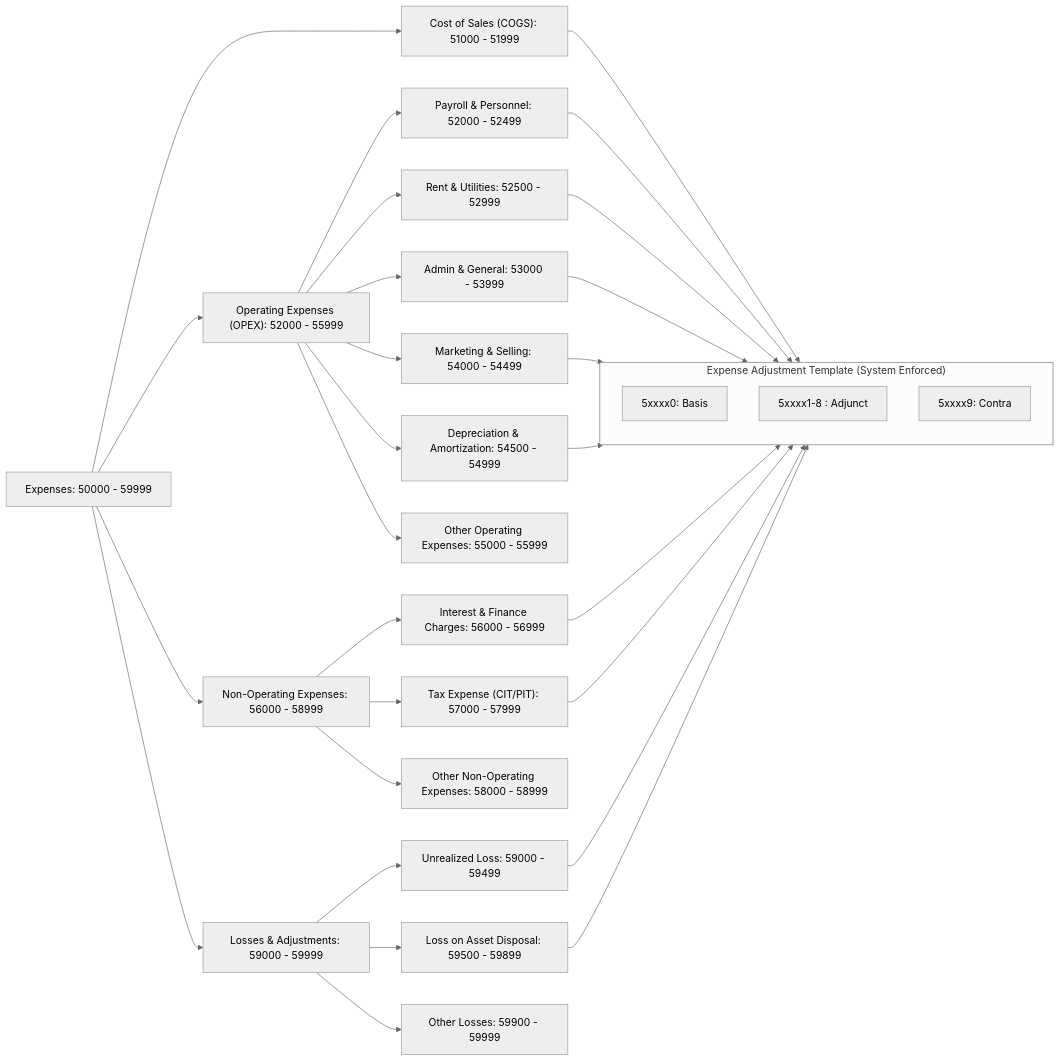
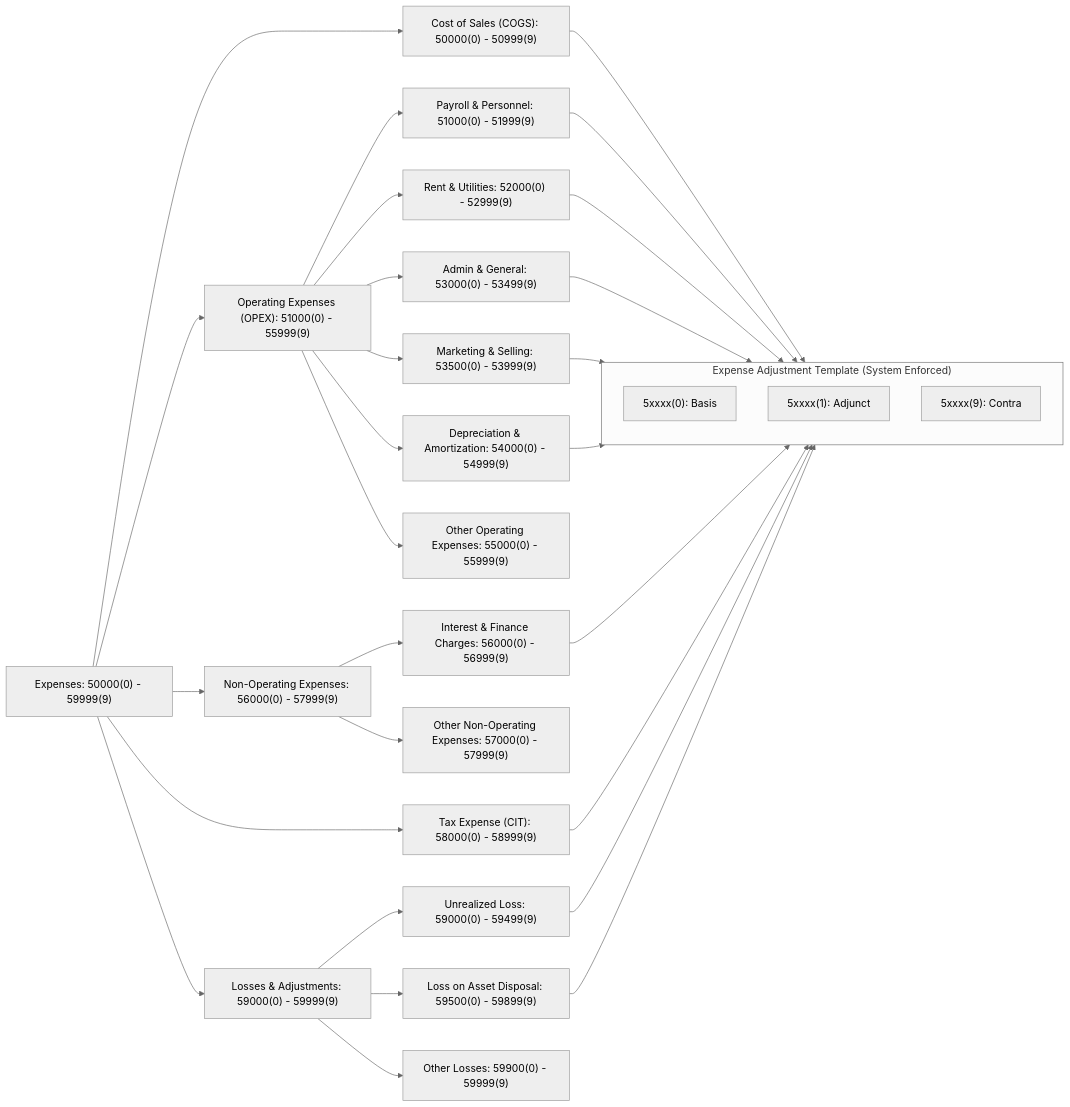
One commit to oosahon/ledgernova-core changed the diagram in src/domain/accounting/__doc__/assets/coa-expenses.mermaid. Above: the diagram before and after it, drawn with Mermaid (neutral theme). The commit also changed 10 other files, not shown here.

```diff
--- a/src/domain/accounting/__doc__/assets/coa-expenses.mermaid
+++ b/src/domain/accounting/__doc__/assets/coa-expenses.mermaid
@@ -1,39 +1,40 @@
 flowchart LR
      %% Power users (and accounts bootstraper for non-power users) will decide whether or not to apply contra templates to "Other*" expenses
     subgraph ExpenseAdjustmentTemplate["Expense Adjustment Template (System Enforced)"]
-        Basis["5xxxx0: Basis"]
-        Adjunct["5xxxx1-8 : Adjunct"]
-        Contra["5xxxx9: Contra"]
+        Basis["5xxxx(0): Basis"]
+        Adjunct["5xxxx(1): Adjunct"]
+        Contra["5xxxx(9): Contra"]
     end
 
-    Expenses["Expenses: 50000 - 59999"]
+    Expenses["Expenses: 50000(0) - 59999(9)"]
 
-    DirectCosts["Cost of Sales (COGS): 51000 - 51999"] --> ExpenseAdjustmentTemplate
+    DirectCosts["Cost of Sales (COGS): 50000(0) - 50999(9)"] --> ExpenseAdjustmentTemplate
     
-    OperatingExpenses["Operating Expenses (OPEX): 52000 - 55999"]
+    OperatingExpenses["Operating Expenses (OPEX): 51000(0) - 55999(9)"]
         %% Categories with baked in functionalities (eg PAYEE for PayrollAndPersonnel), will be
         %% created for each subheader depending on the domain and usecase.
         %% For non-power users, these will be created during accounts bootstrap, while for
         %% power users, they will be represented as types when creating sub-ledgers.
-        PayrollAndPersonnel["Payroll & Personnel: 52000 - 52499"] --> ExpenseAdjustmentTemplate
-        RentUtilities["Rent & Utilities: 52500 - 52999"] --> ExpenseAdjustmentTemplate
-        AdminGeneral["Admin & General: 53000 - 53999"] --> ExpenseAdjustmentTemplate
-        MarketingSelling["Marketing & Selling: 54000 - 54499"] --> ExpenseAdjustmentTemplate
-        Depreciation["Depreciation & Amortization: 54500 - 54999"] --> ExpenseAdjustmentTemplate
+        PayrollAndPersonnel["Payroll & Personnel: 51000(0) - 51999(9)"] --> ExpenseAdjustmentTemplate
+        RentUtilities["Rent & Utilities: 52000(0) - 52999(9)"] --> ExpenseAdjustmentTemplate
+        AdminGeneral["Admin & General: 53000(0) - 53499(9)"] --> ExpenseAdjustmentTemplate
+        MarketingSelling["Marketing & Selling: 53500(0) - 53999(9)"] --> ExpenseAdjustmentTemplate
+        Depreciation["Depreciation & Amortization: 54000(0) - 54999(9)"] --> ExpenseAdjustmentTemplate
 
-        OtherOperatingExpenses["Other Operating Expenses: 55000 - 55999"]
+        OtherOperatingExpenses["Other Operating Expenses: 55000(0) - 55999(9)"]
             
-    NonOperatingExpenses["Non-Operating Expenses: 56000 - 58999"]
-        FinanceCosts["Interest & Finance Charges: 56000 - 56999"] --> ExpenseAdjustmentTemplate
-        TaxExpense["Tax Expense (CIT/PIT): 57000 - 57999"] --> ExpenseAdjustmentTemplate
-        OtherNonOperatingExpenses["Other Non-Operating Expenses: 58000 - 58999"]
+    NonOperatingExpenses["Non-Operating Expenses: 56000(0) - 57999(9)"]
+        FinanceCosts["Interest & Finance Charges: 56000(0) - 56999(9)"] --> ExpenseAdjustmentTemplate
+        OtherNonOperatingExpenses["Other Non-Operating Expenses: 57000(0) - 57999(9)"]
 
-    Losses["Losses & Adjustments: 59000 - 59999"]
-        UnrealizedLoss["Unrealized Loss: 59000 - 59499"] --> ExpenseAdjustmentTemplate
-        AssetDisposal["Loss on Asset Disposal: 59500 - 59899"] --> ExpenseAdjustmentTemplate
-        OtherLosses["Other Losses: 59900 - 59999"]
+    TaxExpense["Tax Expense (CIT): 58000(0) - 58999(9)"] --> ExpenseAdjustmentTemplate
 
-    Expenses --> DirectCosts & OperatingExpenses & NonOperatingExpenses & Losses
+    Losses["Losses & Adjustments: 59000(0) - 59999(9)"]
+        UnrealizedLoss["Unrealized Loss: 59000(0) - 59499(9)"] --> ExpenseAdjustmentTemplate
+        AssetDisposal["Loss on Asset Disposal: 59500(0) - 59899(9)"] --> ExpenseAdjustmentTemplate
+        OtherLosses["Other Losses: 59900(0) - 59999(9)"]
+
+    Expenses --> DirectCosts & OperatingExpenses & NonOperatingExpenses  & TaxExpense & Losses
     OperatingExpenses --> PayrollAndPersonnel & RentUtilities & AdminGeneral & MarketingSelling & Depreciation & OtherOperatingExpenses
-    NonOperatingExpenses --> FinanceCosts  & TaxExpense & OtherNonOperatingExpenses
+    NonOperatingExpenses --> FinanceCosts & OtherNonOperatingExpenses
     Losses --> UnrealizedLoss & AssetDisposal & OtherLosses
```
